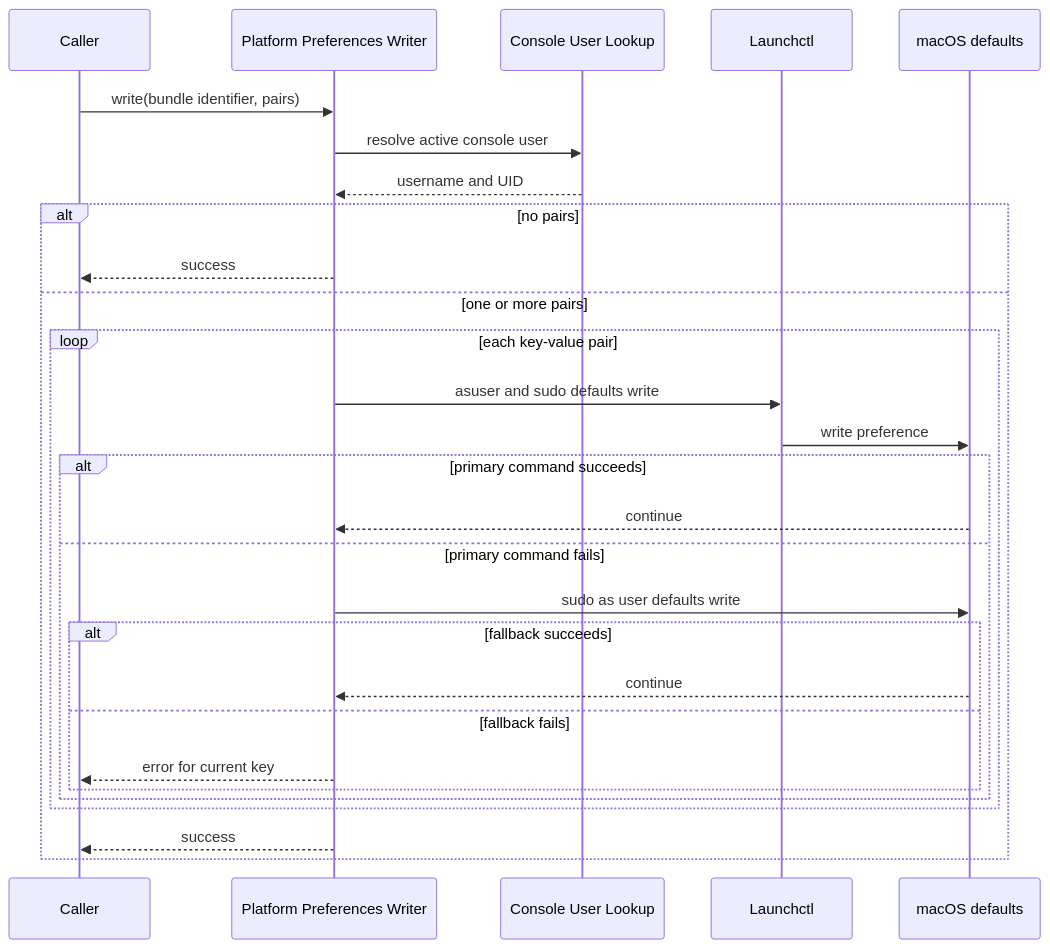
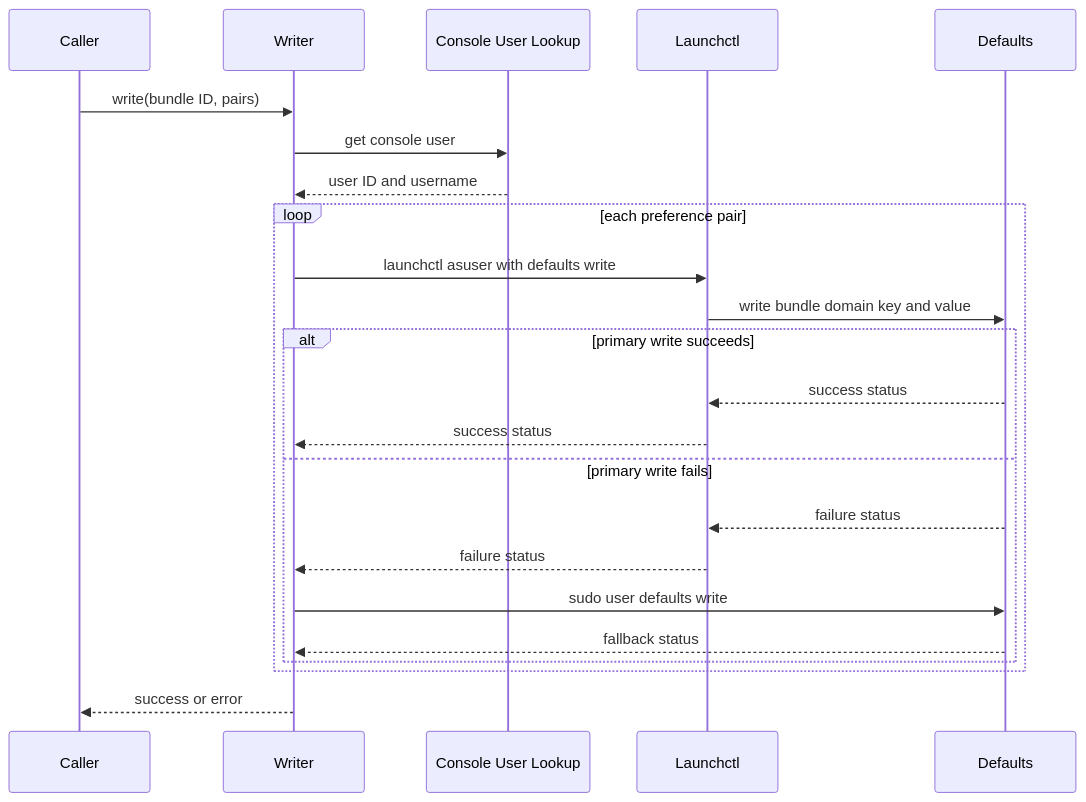
Before and after one commit to flamingo-stack/openframe-oss-tenant: the third of 3 diagrams in docs/reference/architecture/openframe-client-core/platform-preferences-writer/platform-preferences-writer.md, drawn with Mermaid. The commit also changed other lines of this file and 2377 other files, not shown here.

````diff
--- a/docs/reference/architecture/openframe-client-core/platform-preferences-writer/platform-preferences-writer.md
+++ b/docs/reference/architecture/openframe-client-core/platform-preferences-writer/platform-preferences-writer.md
@@ -105,30 +120,25 @@
 ```mermaid
 sequenceDiagram
     participant Caller
-    participant Writer as Platform Preferences Writer
+    participant Writer
     participant Session as Console User Lookup
     participant Launchctl
-    participant Defaults as macOS defaults
-    Caller->>Writer: write(bundle identifier, pairs)
-    Writer->>Session: resolve active console user
-    Session-->>Writer: username and UID
-    alt no pairs
-        Writer-->>Caller: success
-    else one or more pairs
-        loop each key-value pair
-            Writer->>Launchctl: asuser and sudo defaults write
-            Launchctl->>Defaults: write preference
-            alt primary command succeeds
-                Defaults-->>Writer: continue
-            else primary command fails
-                Writer->>Defaults: sudo as user defaults write
-                alt fallback succeeds
-                    Defaults-->>Writer: continue
-                else fallback fails
-                    Writer-->>Caller: error for current key
-                end
-            end
+    participant Defaults
+    Caller->>Writer: write(bundle ID, pairs)
+    Writer->>Session: get console user
+    Session-->>Writer: user ID and username
+    loop each preference pair
+        Writer->>Launchctl: launchctl asuser with defaults write
+        Launchctl->>Defaults: write bundle domain key and value
+        alt primary write succeeds
+            Defaults-->>Launchctl: success status
+            Launchctl-->>Writer: success status
+        else primary write fails
+            Defaults-->>Launchctl: failure status
+            Launchctl-->>Writer: failure status
+            Writer->>Defaults: sudo user defaults write
+            Defaults-->>Writer: fallback status
         end
-        Writer-->>Caller: success
     end
+    Writer-->>Caller: success or error
 ```
````
